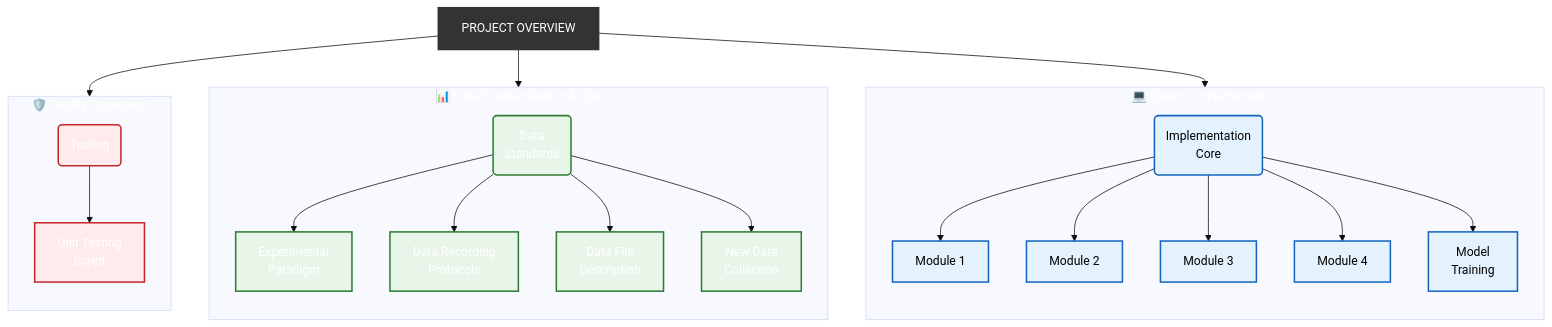
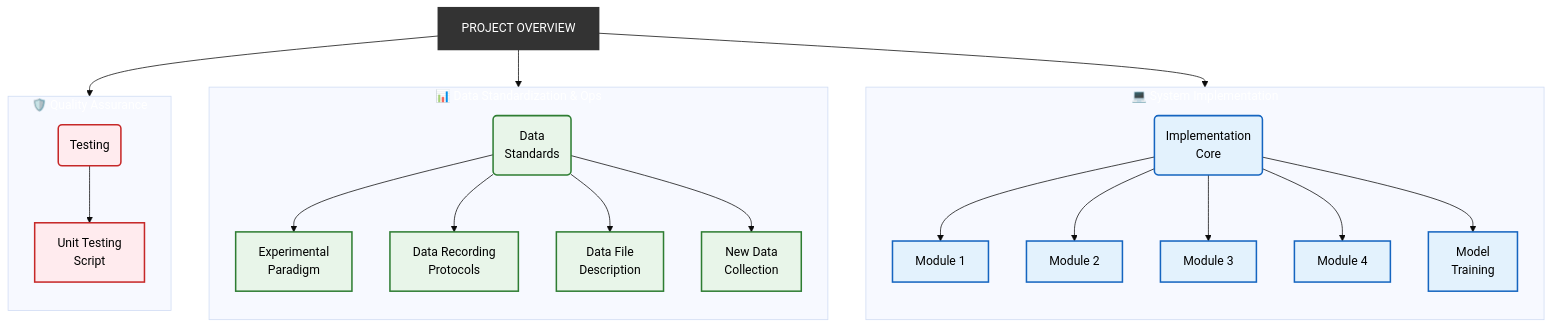
The diagram in README.md (MBSI-Inc/CereCe_MI_Tracking), drawn with Mermaid (base theme) before and after one commit.

Commit message:
adding mindmap

````diff
--- a/README.md
+++ b/README.md
@@ -69,64 +69,64 @@
 ```mermaid
 graph TD
     %% Root Node
     Root["PROJECT OVERVIEW"]
     
     %% --- Stream 1: Development (Blue) ---
     subgraph Dev_Stream ["💻 System Implementation"]
         direction TB
         Sys_Node("Implementation<br/>Core")
         
         M1["Module 1"]
         M2["Module 2"]
         M3["Module 3"]
         M4["Module 4"]
         Train["Model<br/>Training"]
         
         Sys_Node --> M1
         Sys_Node --> M2
         Sys_Node --> M3
         Sys_Node --> M4
         Sys_Node --> Train
     end
 
     %% --- Stream 2: Data (Green) ---
     subgraph Data_Stream ["📊 Data Standardization & Ops"]
         direction TB
         Std_Node("Data<br/>Standards")
         
         P1["Experimental<br/>Paradigm"]
         P2["Data Recording<br/>Protocols"]
         P3["Data File<br/>Description"]
         NewD["New Data<br/>Collection"]
         
         Std_Node --> P1
         Std_Node --> P2
         Std_Node --> P3
         Std_Node --> NewD
     end
 
     %% --- Stream 3: QA (Red) ---
     subgraph QA_Stream ["🛡️ Quality Assurance"]
         direction TB
         Test_Node("Testing")
         Script["Unit Testing<br/>Script"]
         
         Test_Node --> Script
     end
 
     %% Connections to Root
     Root --> Sys_Node
     Root --> Std_Node
     Root --> Test_Node
 
     %% Styling
     classDef dev fill:#e3f2fd,stroke:#1565c0,stroke-width:2px,color:#000;
-    classDef data fill:#e8f5e9,stroke:#2e7d32,stroke-width:2px;
-    classDef qa fill:#ffebee,stroke:#c62828,stroke-width:2px;
+    classDef data fill:#e8f5e9,stroke:#2e7d32,stroke-width:2px,color:#000;
+    classDef qa fill:#ffebee,stroke:#c62828,stroke-width:2px,color:#000;
     classDef root fill:#333,stroke:#333,stroke-width:3px,color:#fff;
 
     class M1,M2,M3,M4,Train,Sys_Node dev;
     class P1,P2,P3,NewD,Std_Node data;
     class Script,Test_Node qa;
     class Root root;
 ```
````
